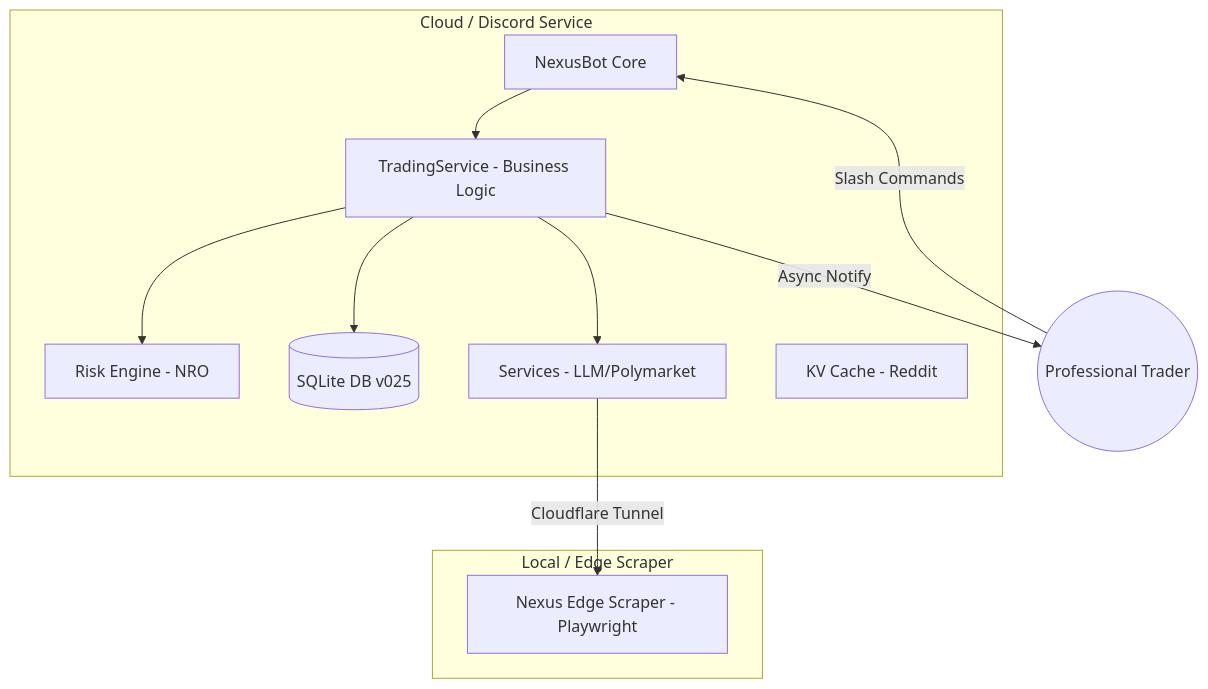
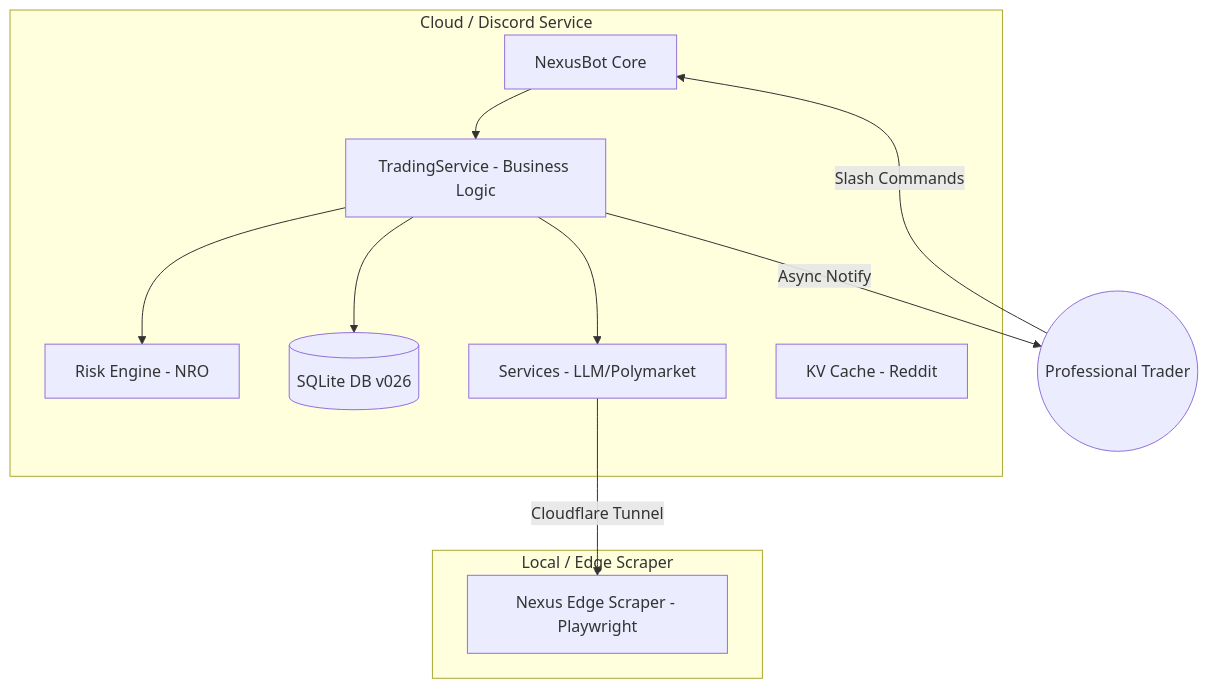
One commit to cosmo-chang-1701/nexus-seeker changed the first of 2 diagrams in README.md. Above: the diagram before and after it, drawn with Mermaid. The commit also changed other lines of this file and 1 other file, not shown here.

````diff
--- a/README.md
+++ b/README.md
@@ -35,23 +35,23 @@
 ```mermaid
 graph TD
     subgraph Cloud_Environment [Cloud / Discord Service]
         Bot[NexusBot Core]
         TS[TradingService - Business Logic]
         RE[Risk Engine - NRO]
-        DB[(SQLite DB v025)]
+        DB[(SQLite DB v026)]
         S[Services - LLM/Polymarket]
         C[KV Cache - Reddit]
     end
 
     subgraph Edge_Environment [Local / Edge Scraper]
         ES[Nexus Edge Scraper - Playwright]
     end
 
     User((Professional Trader)) -- Slash Commands --> Bot
     Bot --> TS
     TS --> RE
     TS --> DB
     TS --> S
     S -- Cloudflare Tunnel --> ES
     TS -- Async Notify --> User
 ```
````
